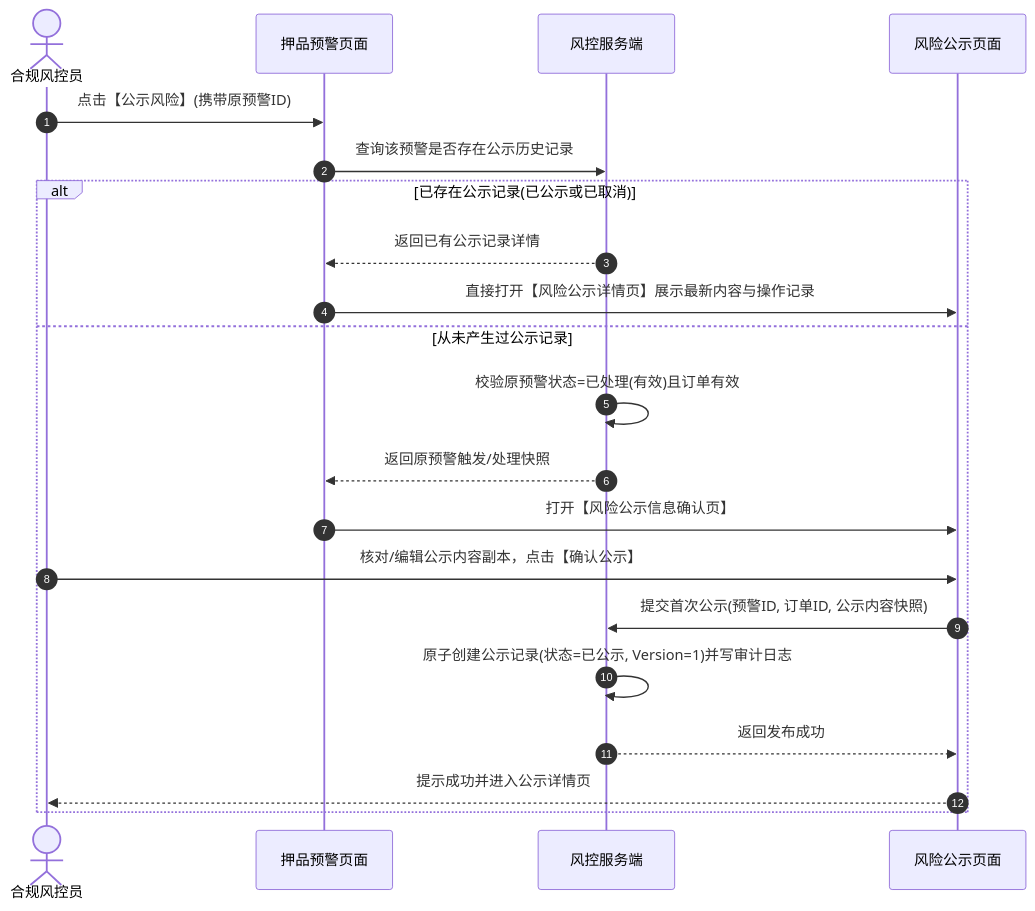
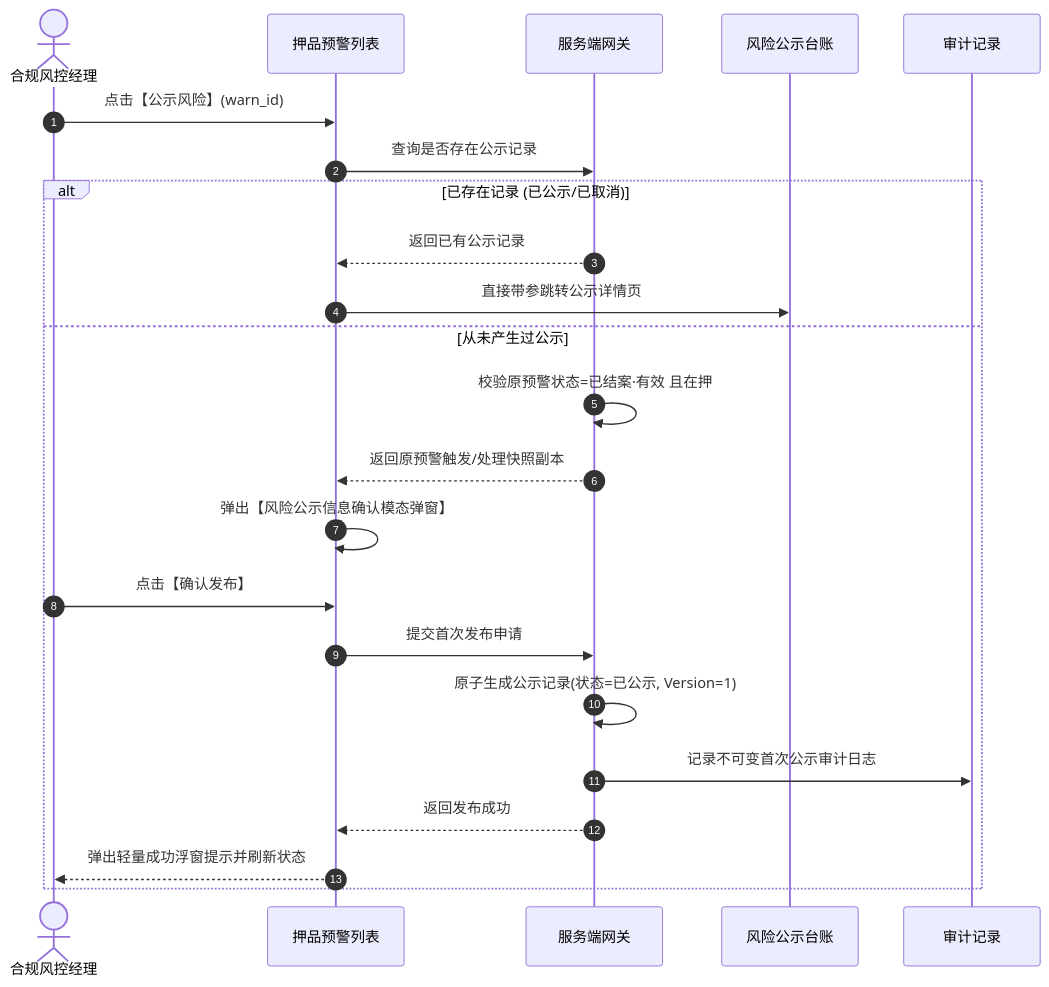
The diagram in 02-PRD文档/🌟🌟🌟-最新基准版/B端PC/05-风控/09-风险信息-风险公示/风险公示主PRD.md (RobertHuang999/SYZC), drawn with Mermaid before and after one commit. The commit also changed other lines of this file and 264 other files, not shown here.

````diff
--- a/02-PRD文档/🌟🌟🌟-最新基准版/B端PC/05-风控/09-风险信息-风险公示/风险公示主PRD.md
+++ b/02-PRD文档/🌟🌟🌟-最新基准版/B端PC/05-风控/09-风险信息-风险公示/风险公示主PRD.md
@@ -108,24 +78,26 @@
 ```mermaid
 sequenceDiagram
     autonumber
-    actor User as 合规风控员
-    participant COL as 押品预警页面
-    participant API as 风控服务端
-    participant PUB as 风险公示页面
+    actor User as 合规风控经理
+    participant COL as 押品预警列表
+    participant API as 服务端网关
+    participant PUB as 风险公示台账
+    participant AUDIT as 审计记录
 
-    User->>COL: 点击【公示风险】(携带原预警ID)
-    COL->>API: 查询该预警是否存在公示历史记录
-    alt 已存在公示记录(已公示或已取消)
-        API-->>COL: 返回已有公示记录详情
-        COL->>PUB: 直接打开【风险公示详情页】展示最新内容与操作记录
-    else 从未产生过公示记录
-        API->>API: 校验原预警状态=已处理(有效)且订单有效
-        API-->>COL: 返回原预警触发/处理快照
-        COL->>PUB: 打开【风险公示信息确认页】
-        User->>PUB: 核对/编辑公示内容副本，点击【确认公示】
-        PUB->>API: 提交首次公示(预警ID, 订单ID, 公示内容快照)
-        API->>API: 原子创建公示记录(状态=已公示, Version=1)并写审计日志
-        API-->>PUB: 返回发布成功
-        PUB-->>User: 提示成功并进入公示详情页
+    User->>COL: 点击【公示风险】(warn_id)
+    COL->>API: 查询是否存在公示记录
+    alt 已存在记录 (已公示/已取消)
+        API-->>COL: 返回已有公示记录
+        COL->>PUB: 直接带参跳转公示详情页
+    else 从未产生过公示
+        API->>API: 校验原预警状态=已结案·有效 且在押
+        API-->>COL: 返回原预警触发/处理快照副本
+        COL->>COL: 弹出【风险公示信息确认模态弹窗】
+        User->>COL: 点击【确认发布】
+        COL->>API: 提交首次发布申请
+        API->>API: 原子生成公示记录(状态=已公示, Version=1)
+        API->>AUDIT: 记录不可变首次公示审计日志
+        API-->>COL: 返回发布成功
+        COL-->>User: 弹出轻量成功浮窗提示并刷新状态
     end
 ```
````
